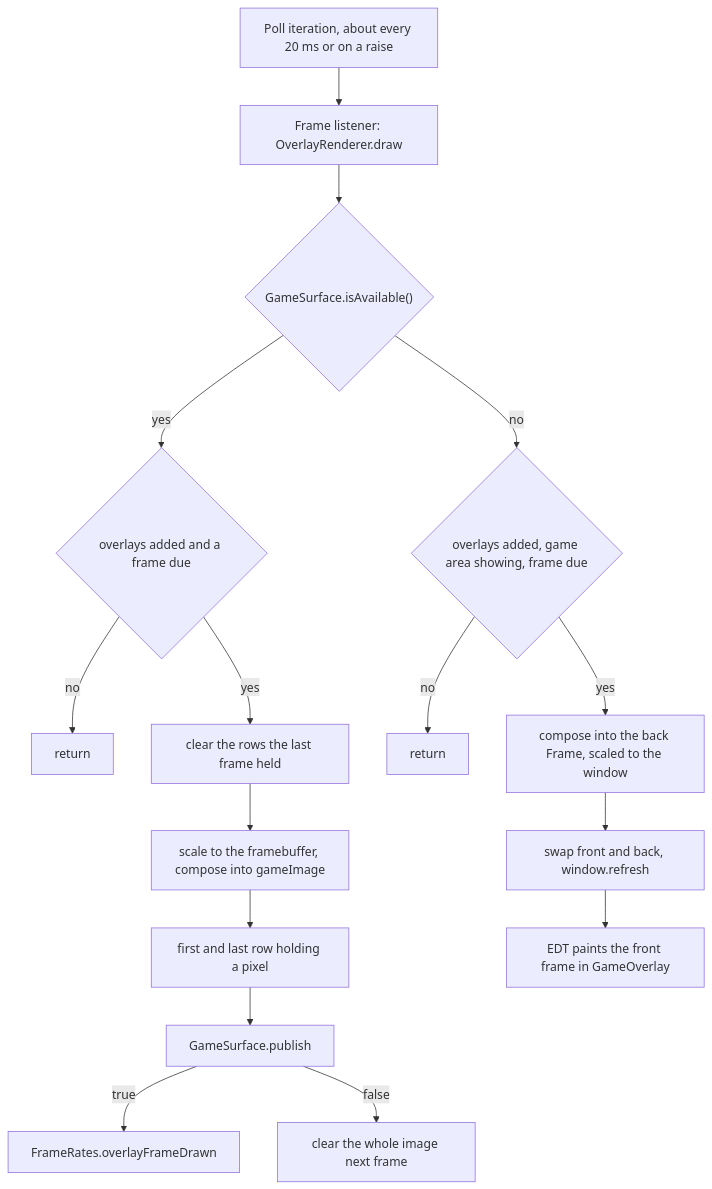
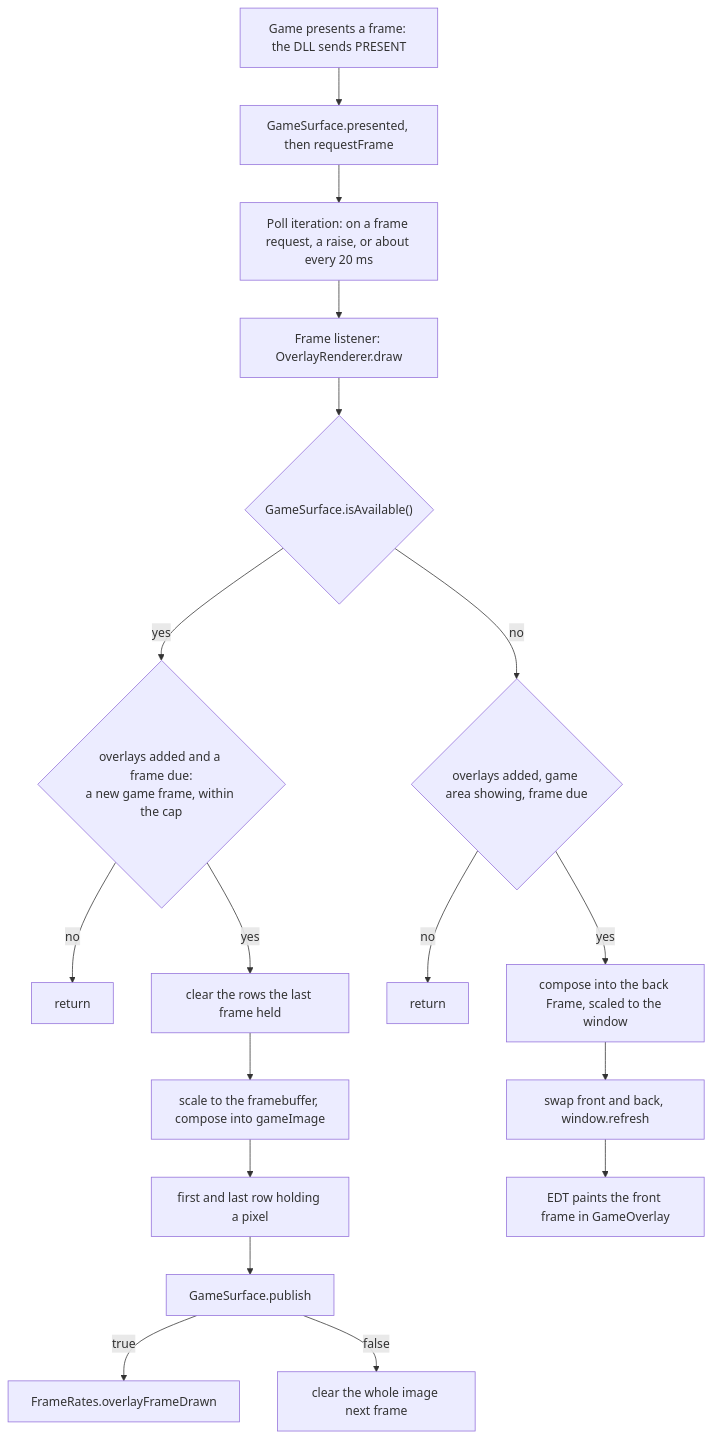
One commit to Kraken-Plugins/kraken-native changed the fourth of 7 diagrams in docs/developer/in-game-drawing.md. Above: the diagram before and after it, drawn with Mermaid. The commit also changed other lines of this file and 28 other files, not shown here.

Commit message:
perf(overlay): draw overlays once per game frame

````diff
--- a/docs/developer/in-game-drawing.md
+++ b/docs/developer/in-game-drawing.md
@@ -320,18 +320,20 @@
 ```mermaid
 flowchart TD
-    poll["Poll iteration, about every 20 ms or on a raise"] --> frame["Frame listener: OverlayRenderer.draw"]
+    present["Game presents a frame: the DLL sends PRESENT"] --> presented["GameSurface.presented, then requestFrame"]
+    presented --> poll
+    poll["Poll iteration: on a frame request, a raise, or about every 20 ms"] --> frame["Frame listener: OverlayRenderer.draw"]
     frame --> avail{"GameSurface.isAvailable()"}
-    avail -->|"yes"| due1{"overlays added and a frame due"}
+    avail -->|"yes"| due1{"overlays added and a frame due:<br/>a new game frame, within the cap"}
     due1 -->|"no"| stop1["return"]
     due1 -->|"yes"| clear1["clear the rows the last frame held"]
     clear1 --> compose1["scale to the framebuffer, compose into gameImage"]
     compose1 --> bands["first and last row holding a pixel"]
     bands --> publish["GameSurface.publish"]
     publish -->|"true"| counted["FrameRates.overlayFrameDrawn"]
     publish -->|"false"| clearall["clear the whole image next frame"]
     avail -->|"no"| due2{"overlays added, game area showing, frame due"}
     due2 -->|"no"| stop2["return"]
     due2 -->|"yes"| back["compose into the back Frame, scaled to the window"]
     back --> swap["swap front and back, window.refresh"]
     swap --> edt["EDT paints the front frame in GameOverlay"]
 ```
````
